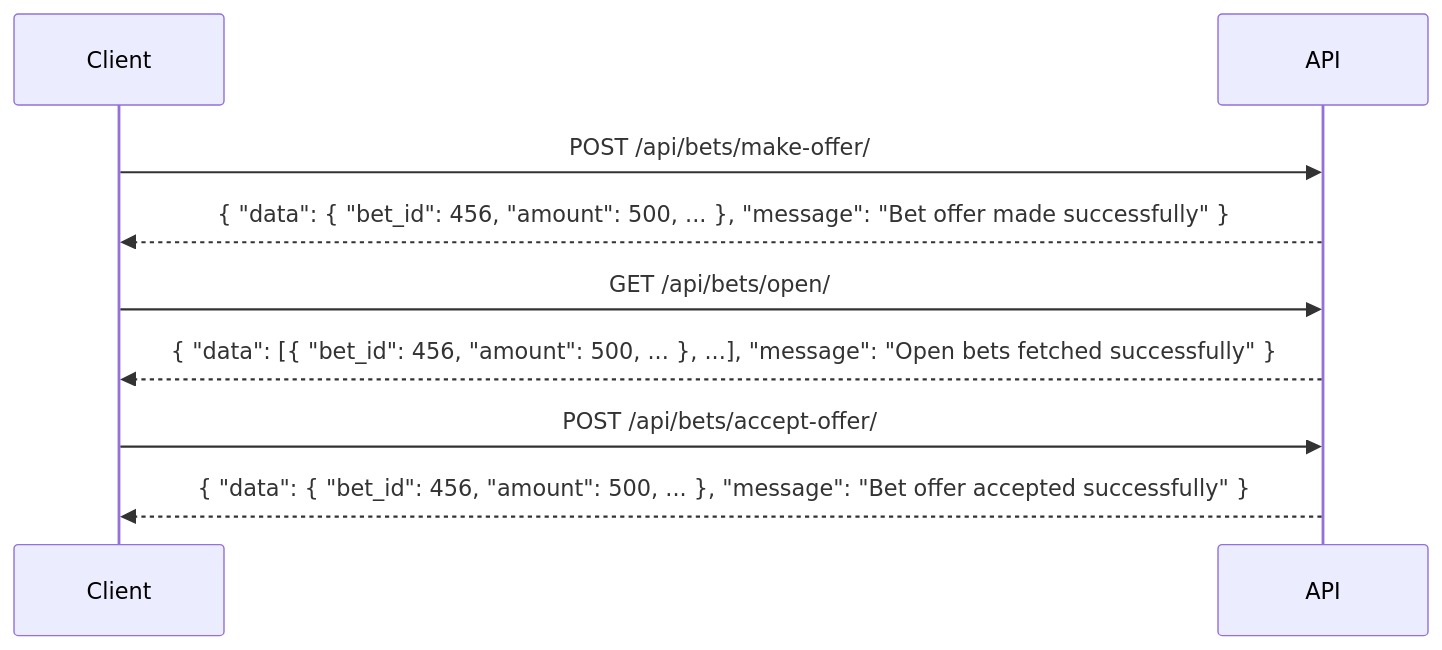
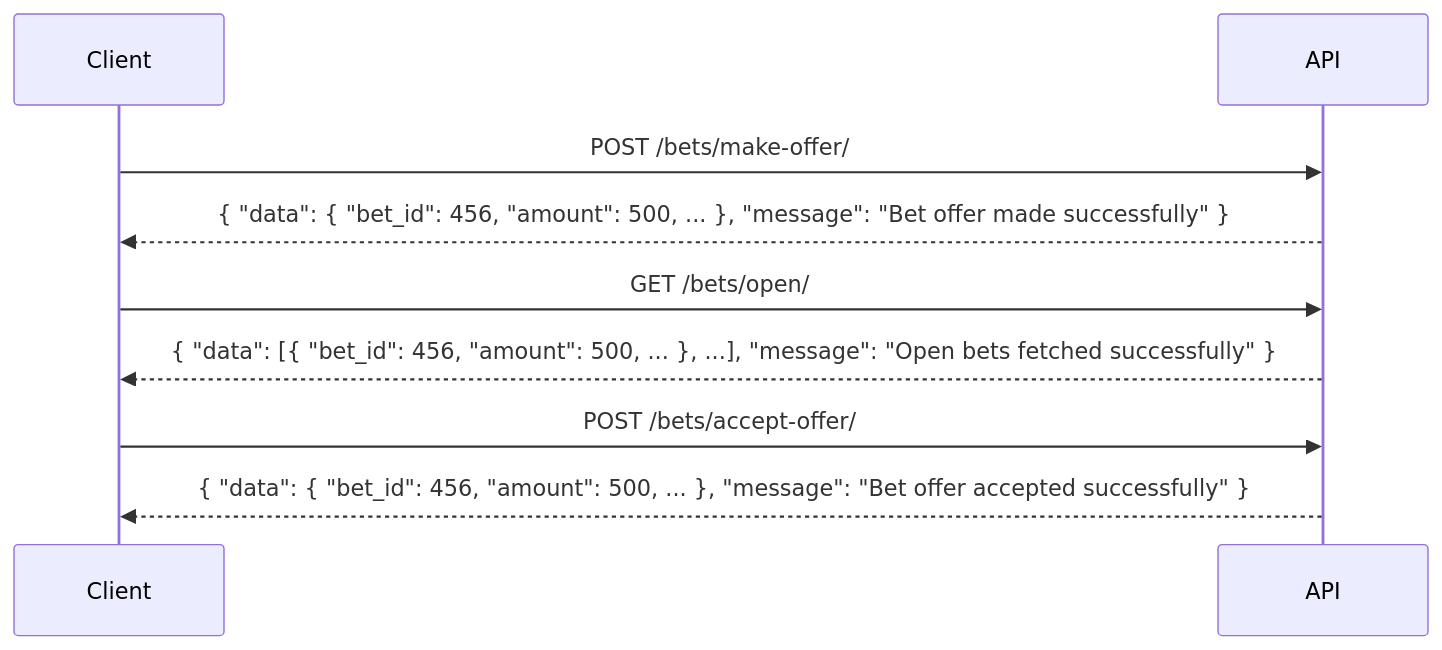
Before and after one commit to 55-Tech-Limited/accounting-service-docs: the third of 4 diagrams in docs/guides/getting-started.mdx, drawn with Mermaid. The commit also changed other lines of this file and 6 other files, not shown here.

````diff
--- a/docs/guides/getting-started.mdx
+++ b/docs/guides/getting-started.mdx
@@ -1766,11 +1766,11 @@
 ```mermaid
 sequenceDiagram
     participant Client
     participant API
-    Client->>API: POST /api/bets/make-offer/
+    Client->>API: POST /bets/make-offer/
     API-->>Client: { "data": { "bet_id": 456, "amount": 500, ... }, "message": "Bet offer made successfully" }
-    Client->>API: GET /api/bets/open/
+    Client->>API: GET /bets/open/
     API-->>Client: { "data": [{ "bet_id": 456, "amount": 500, ... }, ...], "message": "Open bets fetched successfully" }
-    Client->>API: POST /api/bets/accept-offer/
+    Client->>API: POST /bets/accept-offer/
     API-->>Client: { "data": { "bet_id": 456, "amount": 500, ... }, "message": "Bet offer accepted successfully" }
 ```
````
